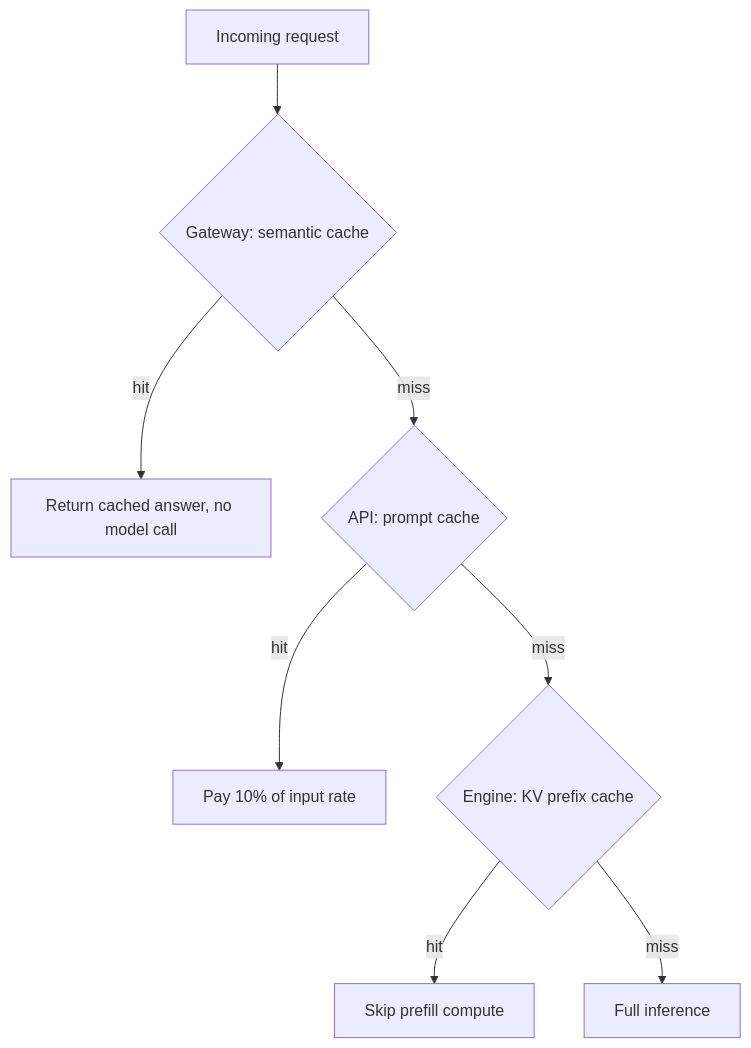
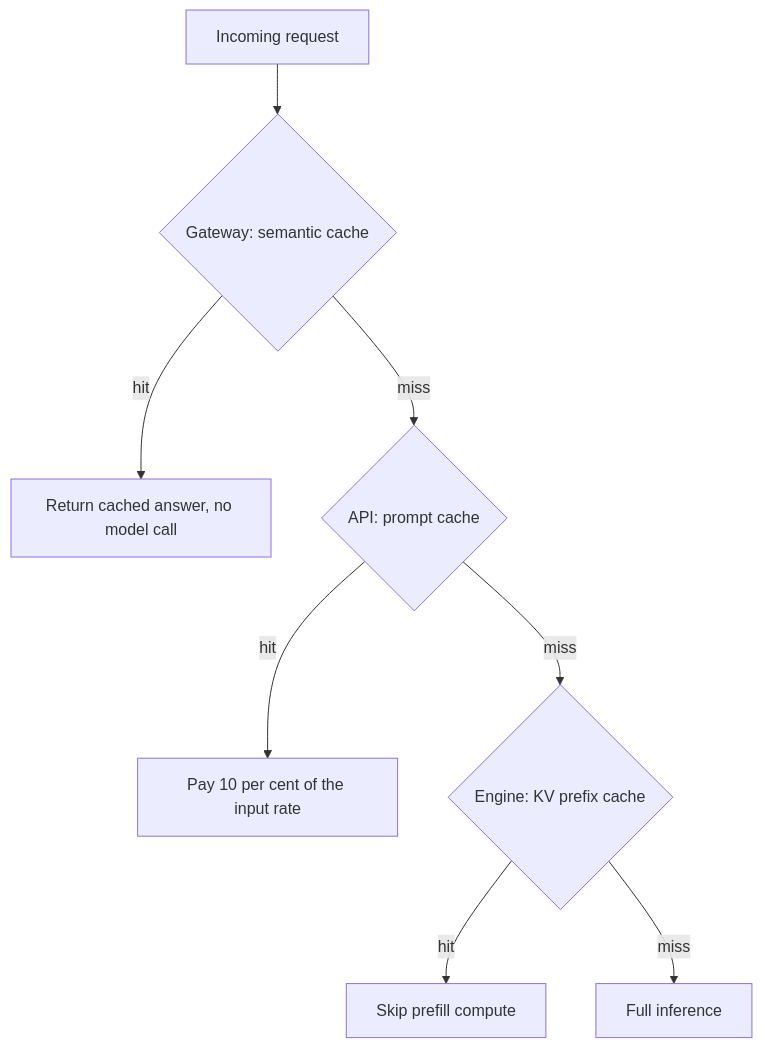
One commit to TarrySingh/tarrysingh-com changed the diagram in content/blog/paying-twice-for-the-same-token.mdx. Above: the diagram before and after it, drawn with Mermaid. The commit also changed other lines of this file and 115 other files, not shown here.

````diff
--- a/content/blog/paying-twice-for-the-same-token.mdx
+++ b/content/blog/paying-twice-for-the-same-token.mdx
@@ -34,11 +34,11 @@
 ```mermaid
 %% caption: A request descends through three caches; only on the third miss does it pay the full price.
 flowchart TD
   A[Incoming request] --> B{Gateway: semantic cache}
   B -- hit --> C[Return cached answer, no model call]
   B -- miss --> D{API: prompt cache}
-  D -- hit --> E[Pay 10% of input rate]
+  D -- hit --> E[Pay 10 per cent of the input rate]
   D -- miss --> F{Engine: KV prefix cache}
   F -- hit --> G[Skip prefill compute]
   F -- miss --> H[Full inference]
 ```
````
